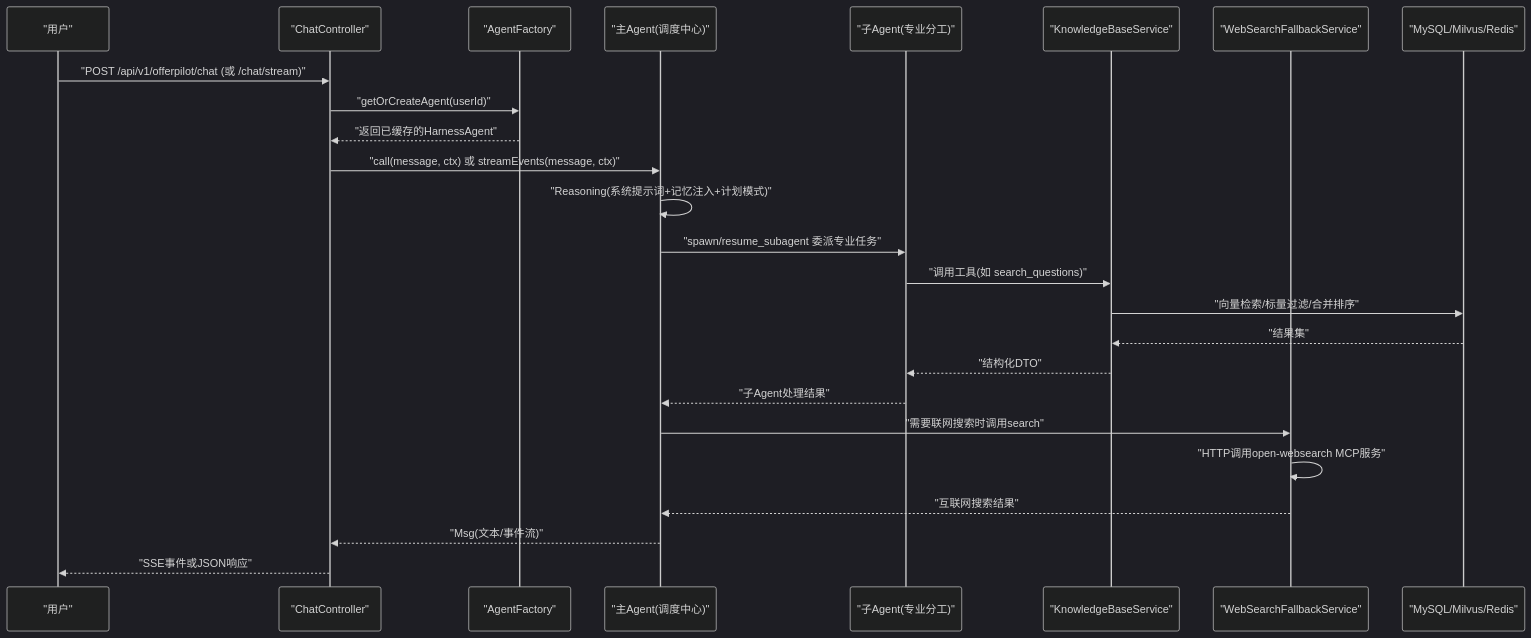
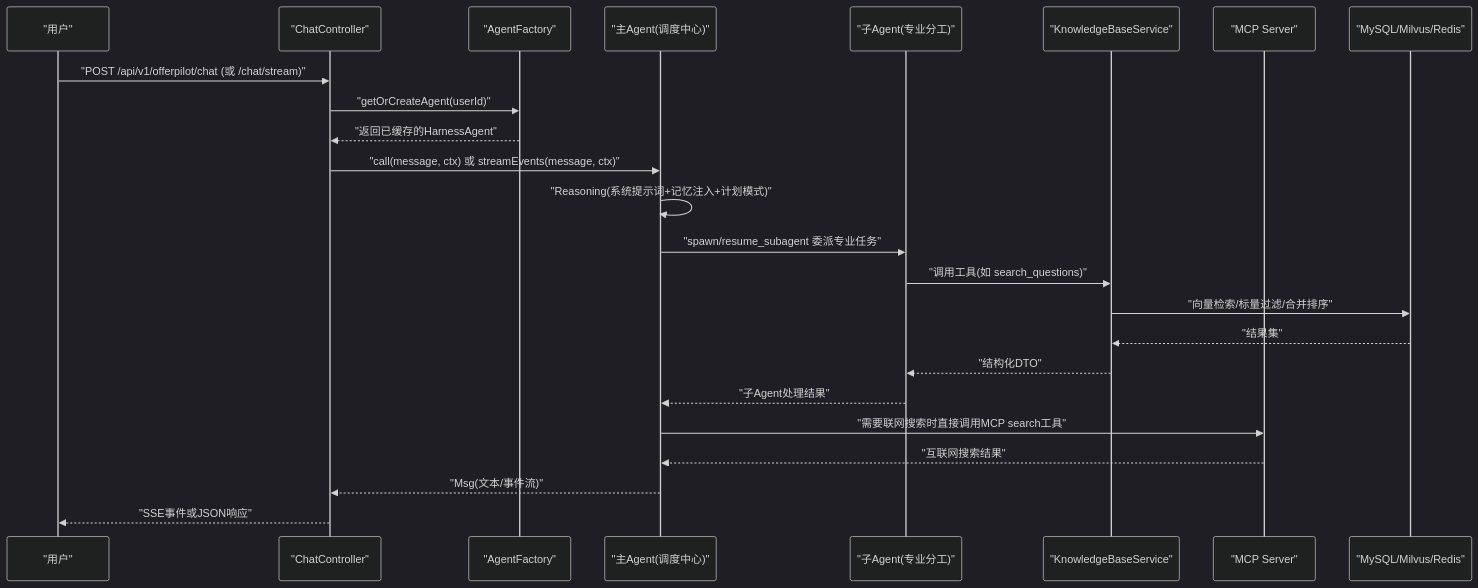
One commit to Miss-zhi/OfferPilot changed the second of 7 diagrams in .qoder/repowiki/zh/content/AgentScope 核心机制深度解析.md. Above: the diagram before and after it, drawn with Mermaid (dark theme). The commit also changed other lines of this file and 197 other files, not shown here.

````diff
--- a/.qoder/repowiki/zh/content/AgentScope 核心机制深度解析.md
+++ b/.qoder/repowiki/zh/content/AgentScope 核心机制深度解析.md
@@ -127,27 +126,26 @@
 ```mermaid
 sequenceDiagram
 participant U as "用户"
 participant C as "ChatController"
 participant F as "AgentFactory"
 participant A as "主Agent(调度中心)"
 participant SA as "子Agent(专业分工)"
 participant K as "KnowledgeBaseService"
-participant W as "WebSearchFallbackService"
+participant MCP as "MCP Server"
 participant DB as "MySQL/Milvus/Redis"
 U->>C : "POST /api/v1/offerpilot/chat (或 /chat/stream)"
 C->>F : "getOrCreateAgent(userId)"
 F-->>C : "返回已缓存的HarnessAgent"
 C->>A : "call(message, ctx) 或 streamEvents(message, ctx)"
 A->>A : "Reasoning(系统提示词+记忆注入+计划模式)"
 A->>SA : "spawn/resume_subagent 委派专业任务"
 SA->>K : "调用工具(如 search_questions)"
 K->>DB : "向量检索/标量过滤/合并排序"
 DB-->>K : "结果集"
 K-->>SA : "结构化DTO"
 SA-->>A : "子Agent处理结果"
-A->>W : "需要联网搜索时调用search"
-W->>W : "HTTP调用open-websearch MCP服务"
-W-->>A : "互联网搜索结果"
+A->>MCP : "需要联网搜索时直接调用MCP search工具"
+MCP-->>A : "互联网搜索结果"
 A-->>C : "Msg(文本/事件流)"
 C-->>U : "SSE事件或JSON响应"
 ```
````
